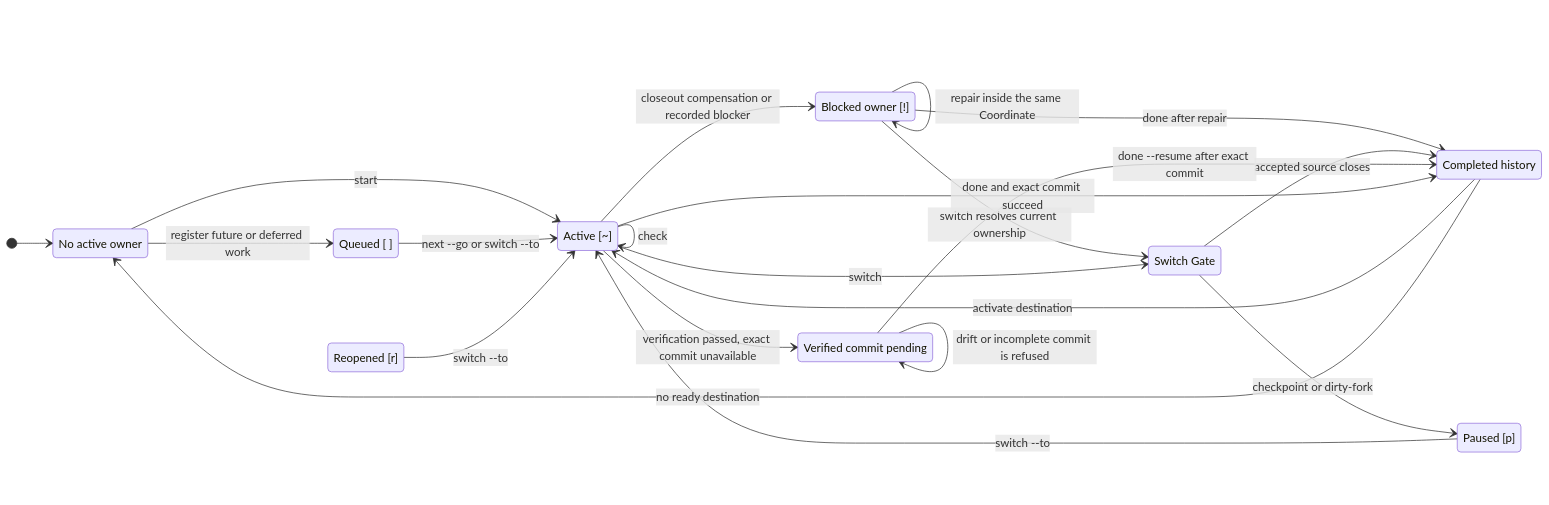
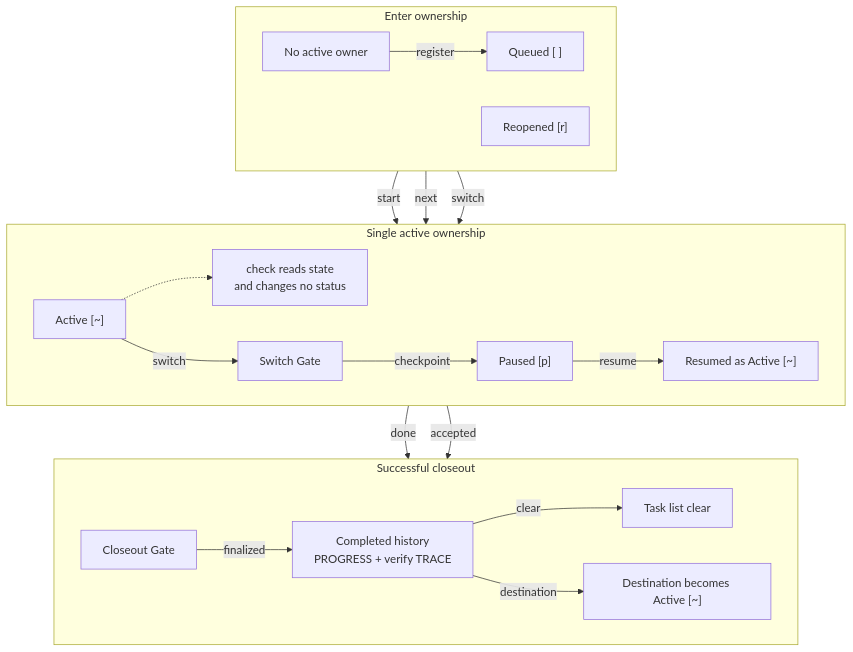
The second of 5 diagrams in docs/CODERAIL_DIAGRAMS.md (HaipingShi/coderail), drawn with Mermaid before and after one commit. The commit also changed other lines of this file and 6 other files, not shown here.

````diff
--- a/docs/CODERAIL_DIAGRAMS.md
+++ b/docs/CODERAIL_DIAGRAMS.md
@@ -87,39 +90,42 @@
 ```mermaid
-stateDiagram-v2
-    direction LR
+flowchart TB
+    subgraph Intake["Enter ownership"]
+        direction LR
+        Ready["No active owner"]
+        Queued["Queued [ ]"]
+        Reopened["Reopened [r]"]
+    end
 
-    state "No active owner" as Idle
-    state "Queued [ ]" as Queued
-    state "Active [~]" as Active
-    state "Blocked owner [!]" as Blocked
-    state "Paused [p]" as Paused
-    state "Reopened [r]" as Reopened
-    state "Switch Gate" as SwitchGate
-    state "Verified commit pending" as CommitPending
-    state "Completed history" as Completed
+    subgraph Work["Single active ownership"]
+        direction LR
+        Active["Active [~]"]
+        CheckNote["check reads state<br/>and changes no status"]
+        SwitchGate["Switch Gate"]
+        Paused["Paused [p]"]
+        Resumed["Resumed as Active [~]"]
+    end
 
-    [*] --> Idle
-    Idle --> Active: start
-    Idle --> Queued: register future or deferred work
-    Queued --> Active: next --go or switch --to
-    Reopened --> Active: switch --to
+    subgraph Close["Successful closeout"]
+        direction LR
+        CloseoutGate["Closeout Gate"]
+        Completed["Completed history<br/>PROGRESS + verify TRACE"]
+        Clear["Task list clear"]
+        NextOwner["Destination becomes Active [~]"]
+    end
 
-    Active --> Active: check
-    Active --> Blocked: closeout compensation or recorded blocker
-    Blocked --> Blocked: repair inside the same Coordinate
-    Blocked --> Completed: done after repair
-    Blocked --> SwitchGate: switch resolves current ownership
+    Ready -->|start| Active
+    Ready -->|register| Queued
+    Queued -->|next| Active
+    Reopened -->|switch| Active
 
-    Active --> SwitchGate: switch
-    SwitchGate --> Paused: checkpoint or dirty-fork
-    Paused --> Active: switch --to
-    SwitchGate --> Completed: accepted source closes
-    Completed --> Active: activate destination
+    Active -.-> CheckNote
+    Active -->|done| CloseoutGate
+    Active -->|switch| SwitchGate
+    SwitchGate -->|checkpoint| Paused
+    Paused -->|resume| Resumed
+    SwitchGate -->|accepted| CloseoutGate
 
-    Active --> CommitPending: verification passed, exact commit unavailable
-    CommitPending --> Completed: done --resume after exact commit
-    CommitPending --> CommitPending: drift or incomplete commit is refused
-
-    Active --> Completed: done and exact commit succeed
-    Completed --> Idle: no ready destination
+    CloseoutGate -->|finalized| Completed
+    Completed -->|clear| Clear
+    Completed -->|destination| NextOwner
 ```
````
